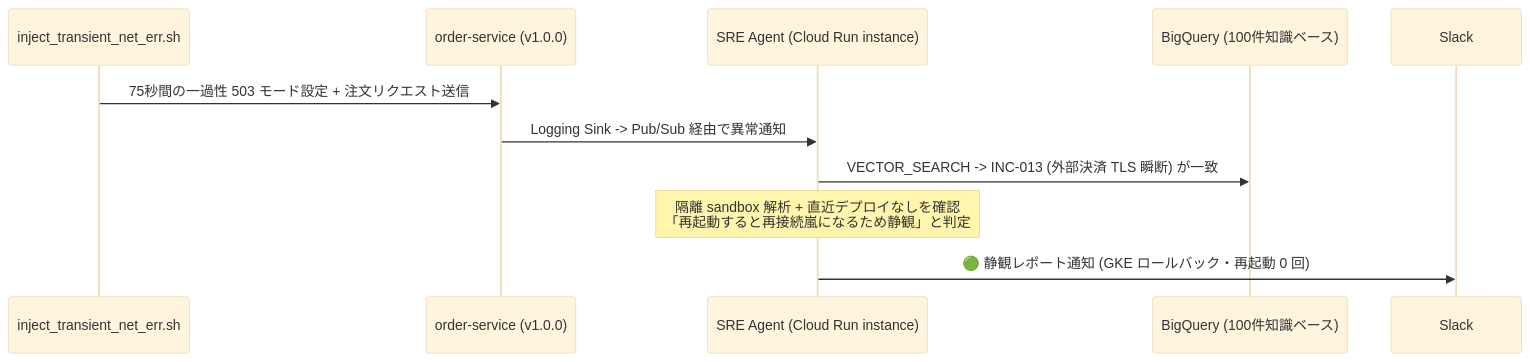
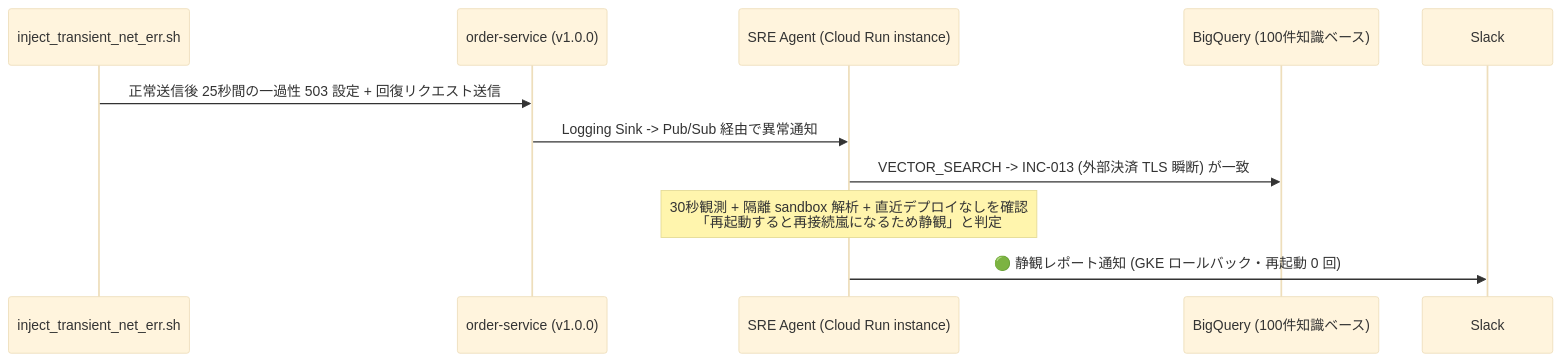
Before and after one commit to tyorikan/agentic-sre-handson: the second of 4 diagrams in docs/05-deploy-cloud-run-instance-and-drills.md, drawn with Mermaid (base theme). The commit also changed other lines of this file and 25 other files, not shown here.

````diff
--- a/docs/05-deploy-cloud-run-instance-and-drills.md
+++ b/docs/05-deploy-cloud-run-instance-and-drills.md
@@ -113,14 +124,14 @@
 ```mermaid
 sequenceDiagram
     participant Script as inject_transient_net_err.sh
     participant GKE as order-service (v1.0.0)
     participant Agent as SRE Agent (Cloud Run instance)
     participant BQ as BigQuery (100件知識ベース)
     participant Slack as Slack
 
-    Script->>GKE: 75秒間の一過性 503 モード設定 + 注文リクエスト送信
+    Script->>GKE: 正常送信後 25秒間の一過性 503 設定 + 回復リクエスト送信
     GKE->>Agent: Logging Sink -> Pub/Sub 経由で異常通知
     Agent->>BQ: VECTOR_SEARCH -> INC-013 (外部決済 TLS 瞬断) が一致
-    Note over Agent: 隔離 sandbox 解析 + 直近デプロイなしを確認<br/>「再起動すると再接続嵐になるため静観」と判定
+    Note over Agent: 30秒観測 + 隔離 sandbox 解析 + 直近デプロイなしを確認<br/>「再起動すると再接続嵐になるため静観」と判定
     Agent->>Slack: 🟢 静観レポート通知 (GKE ロールバック・再起動 0 回)
 ```
````
